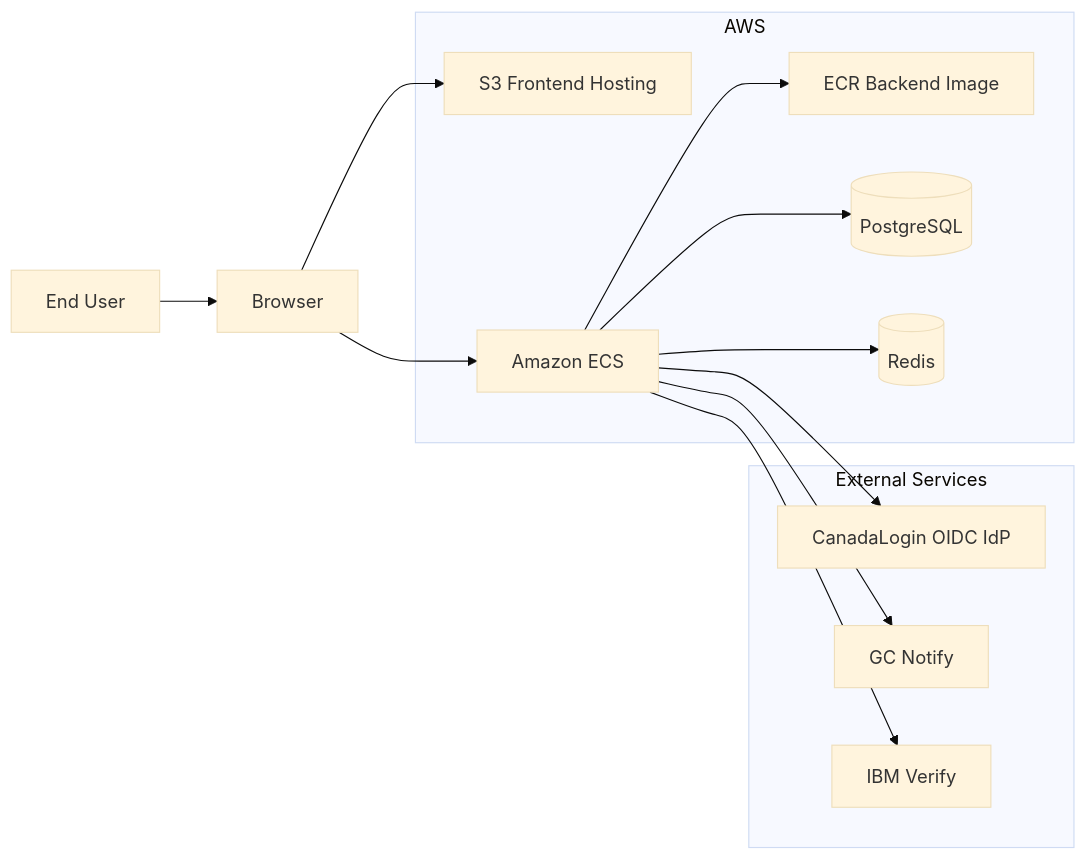
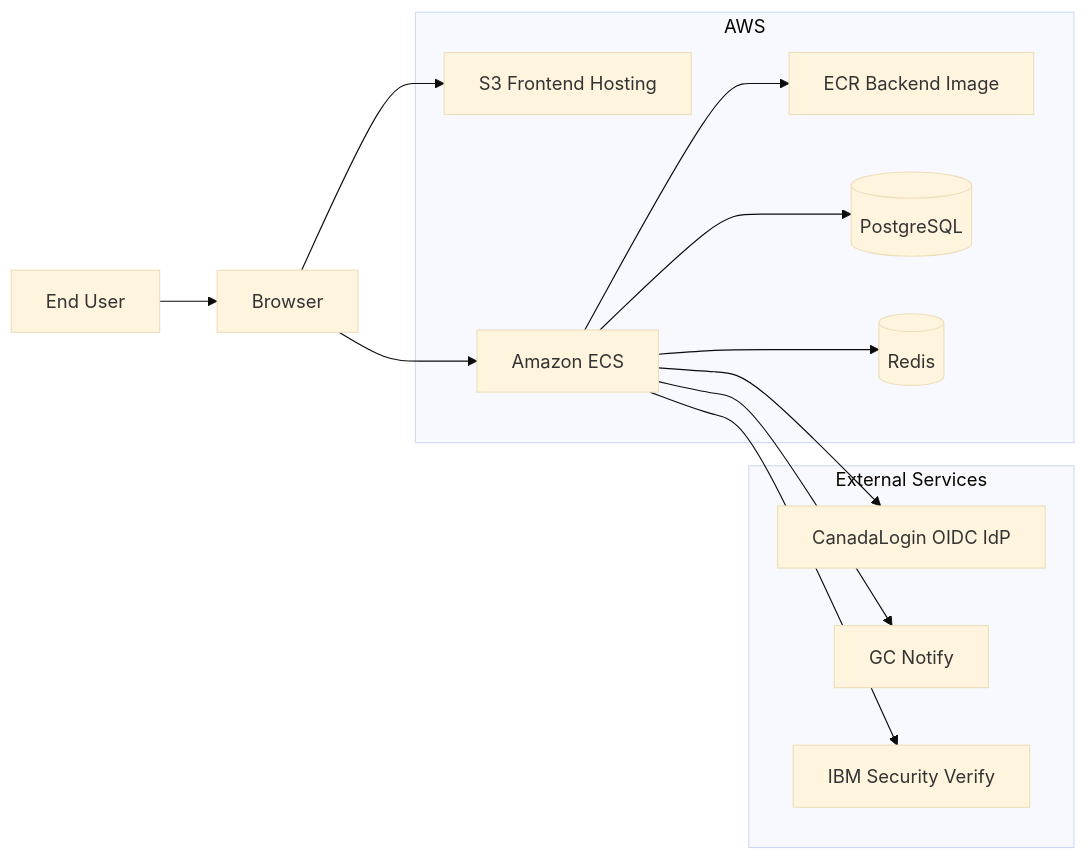
The diagram in docs/plans/partner-portal-system-architecture.md (cds-snc/canadalogin-partner-portal), drawn with Mermaid (base theme) before and after one commit. The commit also changed other lines of this file, not shown here.

Commit message:
Update architecture doc to use IBM Security Verify naming

````diff
--- a/docs/plans/partner-portal-system-architecture.md
+++ b/docs/plans/partner-portal-system-architecture.md
@@ -23,29 +23,29 @@
 ```mermaid
 flowchart LR
     User[End User]
     Browser[Browser]
 
     subgraph AWS[AWS]
         S3[S3 Frontend Hosting]
         ECR[ECR Backend Image]
         Compute[Amazon ECS]
         PG[(PostgreSQL)]
         Redis[(Redis)]
     end
 
     subgraph External[External Services]
         OIDC[CanadaLogin OIDC IdP]
         Notify[GC Notify]
-        IBM[IBM Verify]
+        IBM[IBM Security Verify]
     end
 
     User --> Browser
     Browser --> S3
     Browser --> Compute
     Compute --> ECR
     Compute --> PG
     Compute --> Redis
     Compute --> OIDC
     Compute --> Notify
     Compute --> IBM
 ```
````
